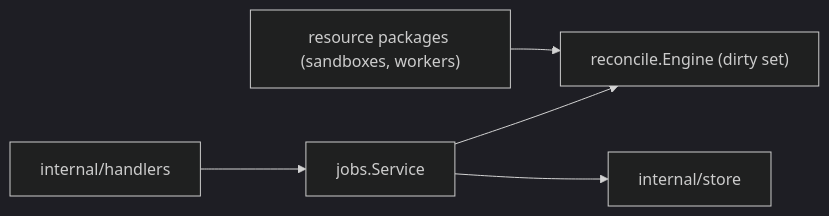
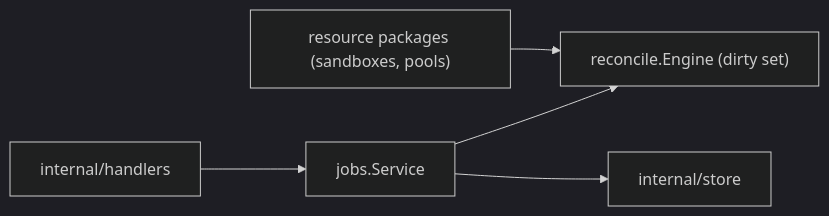
One commit to discobox-ai/discobox changed the diagram in server/internal/resources/jobs/DESIGN.md. Above: the diagram before and after it, drawn with Mermaid (dark theme). The commit also changed other lines of this file and 294 other files, not shown here.

````diff
--- a/server/internal/resources/jobs/DESIGN.md
+++ b/server/internal/resources/jobs/DESIGN.md
@@ -10,7 +10,7 @@
 ```mermaid
 flowchart LR
     handlers[internal/handlers] --> jobs[jobs.Service]
     jobs --> engine["reconcile.Engine (dirty set)"]
     jobs --> store[internal/store]
-    intents["resource packages (sandboxes, workers)"] --> engine
+    intents["resource packages (sandboxes, pools)"] --> engine
 ```
````
